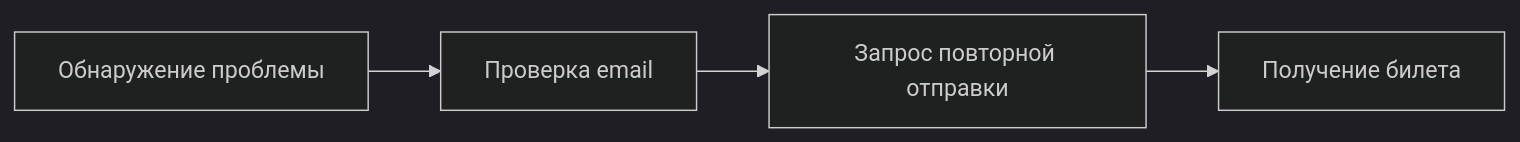
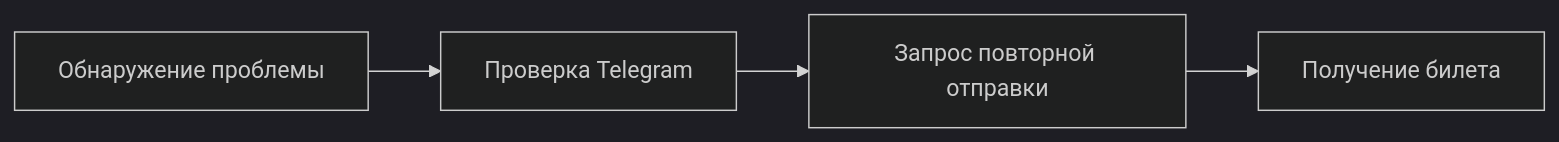
Before and after one commit to egorov-ma/aqstream: the eighth of 9 diagrams in docs/business/user-journeys.md, drawn with Mermaid (dark theme). The commit also changed other lines of this file and 47 other files, not shown here.

````diff
--- a/docs/business/user-journeys.md
+++ b/docs/business/user-journeys.md
@@ -320,6 +385,6 @@
 ```mermaid
 flowchart LR
-    A["Обнаружение проблемы"] --> B["Проверка email"]
+    A["Обнаружение проблемы"] --> B["Проверка Telegram"]
     B --> C["Запрос повторной отправки"]
     C --> D["Получение билета"]
 ```
````
